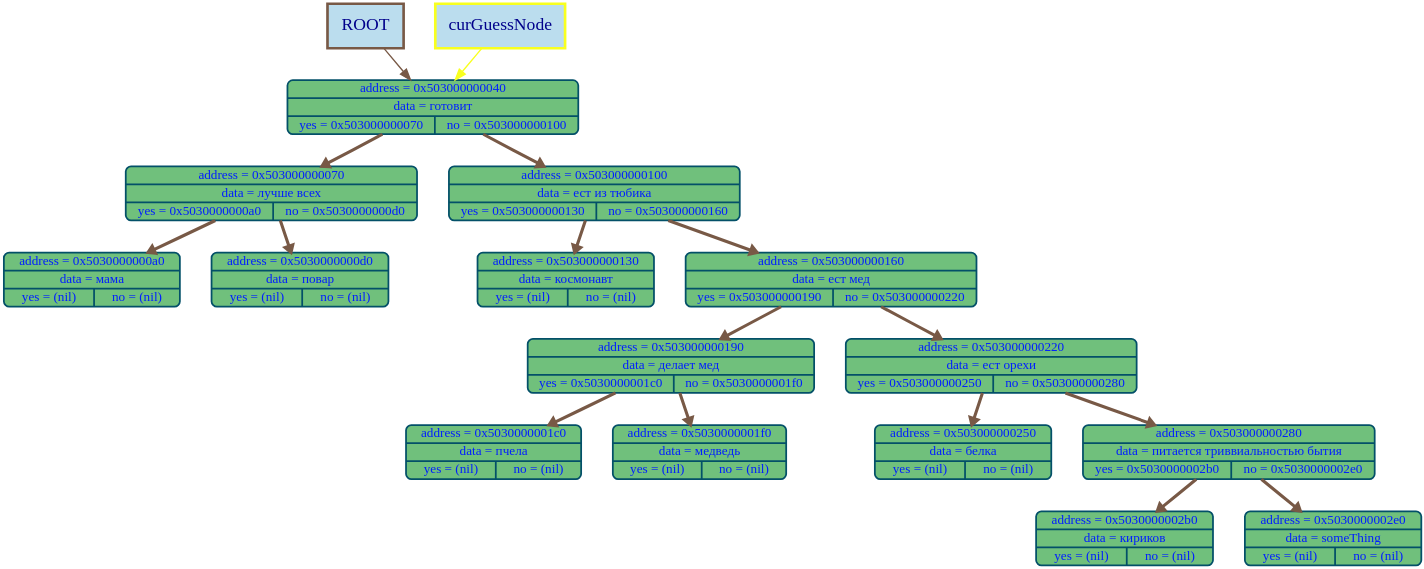
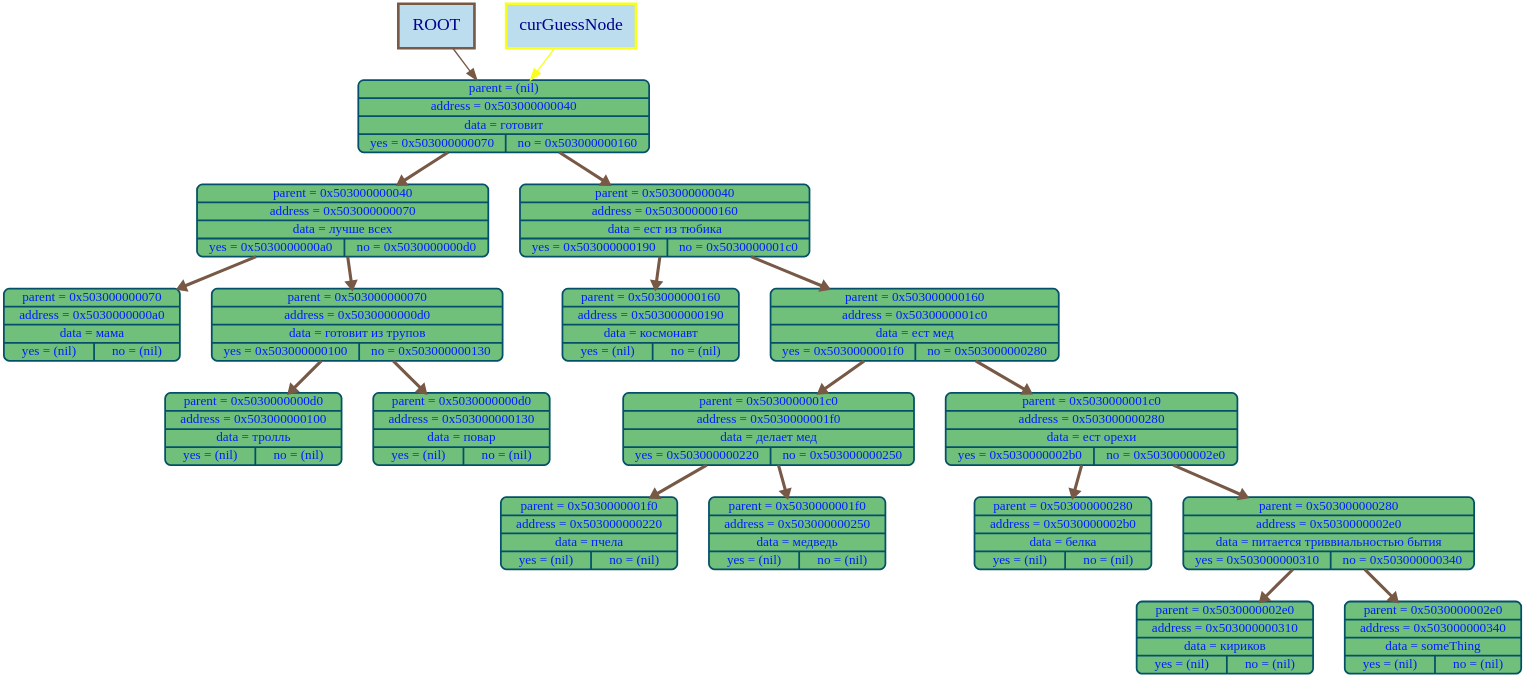
Before and after one commit to timoko3/akinator: the diagram in graphDumps/graphDump.dot, drawn with Graphviz. The commit also changed 60 other files, not shown here.

```diff
--- a/graphDumps/graphDump.dot
+++ b/graphDumps/graphDump.dot
@@ -1,40 +1,44 @@
 digraph G {
 bgcolor="transparent"
 nodesep = 1;
 ranksep = 1
 	node [shape=Mrecord, style="filled", fillcolor="#70c07cff", fontcolor="#001effff", color="#035068ff", penwidth=4, fontname="Menlo", fontsize=30];
 
-	node64 [label="{address = 0x503000000040 | data = готовит | {yes = 0x503000000070 | no = 0x503000000100}} "];
-	node112 [label="{address = 0x503000000070 | data = лучше всех | {yes = 0x5030000000a0 | no = 0x5030000000d0}} "];
-	node160 [label="{address = 0x5030000000a0 | data = мама | {yes = (nil) | no = (nil)}} "];
-	node208 [label="{address = 0x5030000000d0 | data = повар | {yes = (nil) | no = (nil)}} "];
-	node256 [label="{address = 0x503000000100 | data = ест из тюбика | {yes = 0x503000000130 | no = 0x503000000160}} "];
-	node304 [label="{address = 0x503000000130 | data = космонавт | {yes = (nil) | no = (nil)}} "];
-	node352 [label="{address = 0x503000000160 | data = ест мед | {yes = 0x503000000190 | no = 0x503000000220}} "];
-	node400 [label="{address = 0x503000000190 | data = делает мед | {yes = 0x5030000001c0 | no = 0x5030000001f0}} "];
-	node448 [label="{address = 0x5030000001c0 | data = пчела | {yes = (nil) | no = (nil)}} "];
-	node496 [label="{address = 0x5030000001f0 | data = медведь | {yes = (nil) | no = (nil)}} "];
-	node544 [label="{address = 0x503000000220 | data = ест орехи | {yes = 0x503000000250 | no = 0x503000000280}} "];
-	node592 [label="{address = 0x503000000250 | data = белка | {yes = (nil) | no = (nil)}} "];
-	node640 [label="{address = 0x503000000280 | data = питается триввиальностью бытия | {yes = 0x5030000002b0 | no = 0x5030000002e0}} "];
-	node688 [label="{address = 0x5030000002b0 | data = кириков | {yes = (nil) | no = (nil)}} "];
-	node736 [label="{address = 0x5030000002e0 | data = someThing | {yes = (nil) | no = (nil)}} "];
+	node64 [label="{parent = (nil) | address = 0x503000000040 | data = готовит | {yes = 0x503000000070 | no = 0x503000000160}} "];
+	node112 [label="{parent = 0x503000000040 | address = 0x503000000070 | data = лучше всех | {yes = 0x5030000000a0 | no = 0x5030000000d0}} "];
+	node160 [label="{parent = 0x503000000070 | address = 0x5030000000a0 | data = мама | {yes = (nil) | no = (nil)}} "];
+	node208 [label="{parent = 0x503000000070 | address = 0x5030000000d0 | data = готовит из трупов | {yes = 0x503000000100 | no = 0x503000000130}} "];
+	node256 [label="{parent = 0x5030000000d0 | address = 0x503000000100 | data = тролль | {yes = (nil) | no = (nil)}} "];
+	node304 [label="{parent = 0x5030000000d0 | address = 0x503000000130 | data = повар | {yes = (nil) | no = (nil)}} "];
+	node352 [label="{parent = 0x503000000040 | address = 0x503000000160 | data = ест из тюбика | {yes = 0x503000000190 | no = 0x5030000001c0}} "];
+	node400 [label="{parent = 0x503000000160 | address = 0x503000000190 | data = космонавт | {yes = (nil) | no = (nil)}} "];
+	node448 [label="{parent = 0x503000000160 | address = 0x5030000001c0 | data = ест мед | {yes = 0x5030000001f0 | no = 0x503000000280}} "];
+	node496 [label="{parent = 0x5030000001c0 | address = 0x5030000001f0 | data = делает мед | {yes = 0x503000000220 | no = 0x503000000250}} "];
+	node544 [label="{parent = 0x5030000001f0 | address = 0x503000000220 | data = пчела | {yes = (nil) | no = (nil)}} "];
+	node592 [label="{parent = 0x5030000001f0 | address = 0x503000000250 | data = медведь | {yes = (nil) | no = (nil)}} "];
+	node640 [label="{parent = 0x5030000001c0 | address = 0x503000000280 | data = ест орехи | {yes = 0x5030000002b0 | no = 0x5030000002e0}} "];
+	node688 [label="{parent = 0x503000000280 | address = 0x5030000002b0 | data = белка | {yes = (nil) | no = (nil)}} "];
+	node736 [label="{parent = 0x503000000280 | address = 0x5030000002e0 | data = питается триввиальностью бытия | {yes = 0x503000000310 | no = 0x503000000340}} "];
+	node784 [label="{parent = 0x5030000002e0 | address = 0x503000000310 | data = кириков | {yes = (nil) | no = (nil)}} "];
+	node832 [label="{parent = 0x5030000002e0 | address = 0x503000000340 | data = someThing | {yes = (nil) | no = (nil)}} "];
 node64 ->node112 [color="#785946ff", arrowsize=1.5, penwidth=7, weight=1000];
 node112 ->node160 [color="#785946ff", arrowsize=1.5, penwidth=7, weight=1000];
 node112->node208 [color="#785946ff", arrowsize=1.5, penwidth=7, weight=1000];
-node64->node256 [color="#785946ff", arrowsize=1.5, penwidth=7, weight=1000];
-node256 ->node304 [color="#785946ff", arrowsize=1.5, penwidth=7, weight=1000];
-node256->node352 [color="#785946ff", arrowsize=1.5, penwidth=7, weight=1000];
+node208 ->node256 [color="#785946ff", arrowsize=1.5, penwidth=7, weight=1000];
+node208->node304 [color="#785946ff", arrowsize=1.5, penwidth=7, weight=1000];
+node64->node352 [color="#785946ff", arrowsize=1.5, penwidth=7, weight=1000];
 node352 ->node400 [color="#785946ff", arrowsize=1.5, penwidth=7, weight=1000];
-node400 ->node448 [color="#785946ff", arrowsize=1.5, penwidth=7, weight=1000];
-node400->node496 [color="#785946ff", arrowsize=1.5, penwidth=7, weight=1000];
-node352->node544 [color="#785946ff", arrowsize=1.5, penwidth=7, weight=1000];
-node544 ->node592 [color="#785946ff", arrowsize=1.5, penwidth=7, weight=1000];
-node544->node640 [color="#785946ff", arrowsize=1.5, penwidth=7, weight=1000];
+node352->node448 [color="#785946ff", arrowsize=1.5, penwidth=7, weight=1000];
+node448 ->node496 [color="#785946ff", arrowsize=1.5, penwidth=7, weight=1000];
+node496 ->node544 [color="#785946ff", arrowsize=1.5, penwidth=7, weight=1000];
+node496->node592 [color="#785946ff", arrowsize=1.5, penwidth=7, weight=1000];
+node448->node640 [color="#785946ff", arrowsize=1.5, penwidth=7, weight=1000];
 node640 ->node688 [color="#785946ff", arrowsize=1.5, penwidth=7, weight=1000];
 node640->node736 [color="#785946ff", arrowsize=1.5, penwidth=7, weight=1000];
+node736 ->node784 [color="#785946ff", arrowsize=1.5, penwidth=7, weight=1000];
+node736->node832 [color="#785946ff", arrowsize=1.5, penwidth=7, weight=1000];
 root_label [shape=box, width = 2.4, height = 1.4, label="ROOT", style="filled", fillcolor="#BBDDEE", color="#785946ff", penwidth = 6,  fontcolor="darkblue", fontsize = 40];
 cur_node_label [shape=box, width = 2.4, height = 1.4, label="curGuessNode", style="filled", fillcolor="#BBDDEE", color="#f8ff1fff", penwidth = 6,  fontcolor="darkblue", fontsize = 40];
 root_label -> node64 [color="#785946ff"  , arrowsize=2.5, penwidth=3];
 cur_node_label -> node64 [color="#f8ff1fff"  , arrowsize=2.5, penwidth=3];
 }
```
